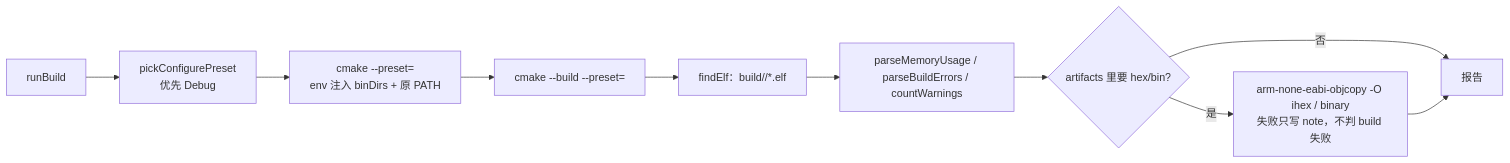
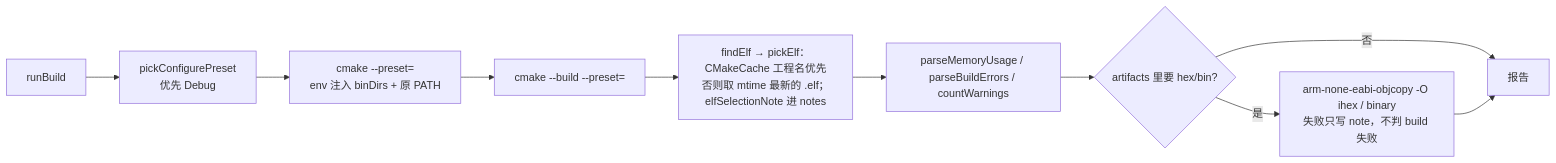
One commit to JingYu-er/dsh-stm32 changed the fifth of 15 diagrams in docs/reading-guide.md. Above: the diagram before and after it, drawn with Mermaid. The commit also changed other lines of this file and 18 other files, not shown here.

````diff
--- a/docs/reading-guide.md
+++ b/docs/reading-guide.md
@@ -406,12 +406,12 @@
 ```mermaid
 flowchart LR
   A["runBuild"] --> B["pickConfigurePreset<br/>优先 Debug"]
   B --> C["cmake --preset=<name><br/>env 注入 binDirs + 原 PATH"]
   C --> D["cmake --build --preset=<name>"]
-  D --> E["findElf：build/<preset>/*.elf"]
+  D --> E["findElf → pickElf：CMakeCache 工程名优先<br/>否则取 mtime 最新的 .elf；elfSelectionNote 进 notes"]
   E --> F["parseMemoryUsage / parseBuildErrors / countWarnings"]
   F --> G{"artifacts 里要 hex/bin?"}
   G -->|是| H["arm-none-eabi-objcopy -O ihex / binary<br/>失败只写 note，不判 build 失败"]
   G -->|否| I["报告"]
   H --> I
 ```
````
